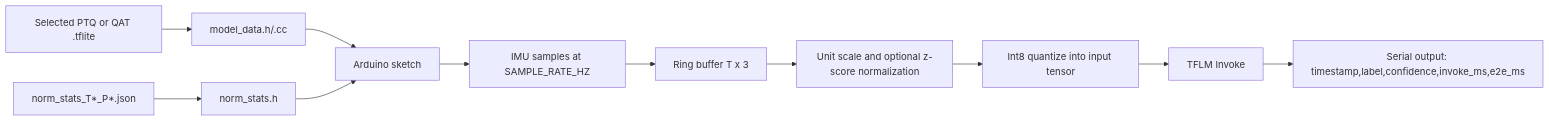
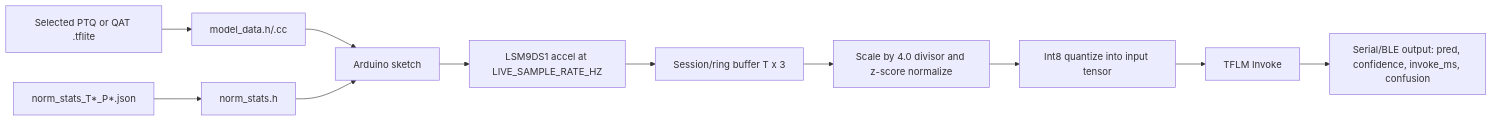
Before and after one commit to 7abushahla/har-mcu: the fourth of 4 diagrams in docs/m3_end_to_end_pipeline.md, drawn with Mermaid. The commit also changed other lines of this file and 1 other file, not shown here.

````diff
--- a/docs/m3_end_to_end_pipeline.md
+++ b/docs/m3_end_to_end_pipeline.md
@@ -568,13 +594,13 @@
 ```mermaid
 flowchart LR
     A["Selected PTQ or QAT .tflite"] --> B["model_data.h/.cc"]
     C["norm_stats_T*_P*.json"] --> D["norm_stats.h"]
     B --> E["Arduino sketch"]
     D --> E
-    E --> F["IMU samples at SAMPLE_RATE_HZ"]
-    F --> G["Ring buffer T x 3"]
-    G --> H["Unit scale and optional z-score normalization"]
+    E --> F["LSM9DS1 accel at LIVE_SAMPLE_RATE_HZ"]
+    F --> G["Session/ring buffer T x 3"]
+    G --> H["Scale by 4.0 divisor and z-score normalize"]
     H --> I["Int8 quantize into input tensor"]
     I --> J["TFLM Invoke"]
-    J --> K["Serial output: timestamp,label,confidence,invoke_ms,e2e_ms"]
+    J --> K["Serial/BLE output: pred, confidence, invoke_ms, confusion"]
 ```
````
